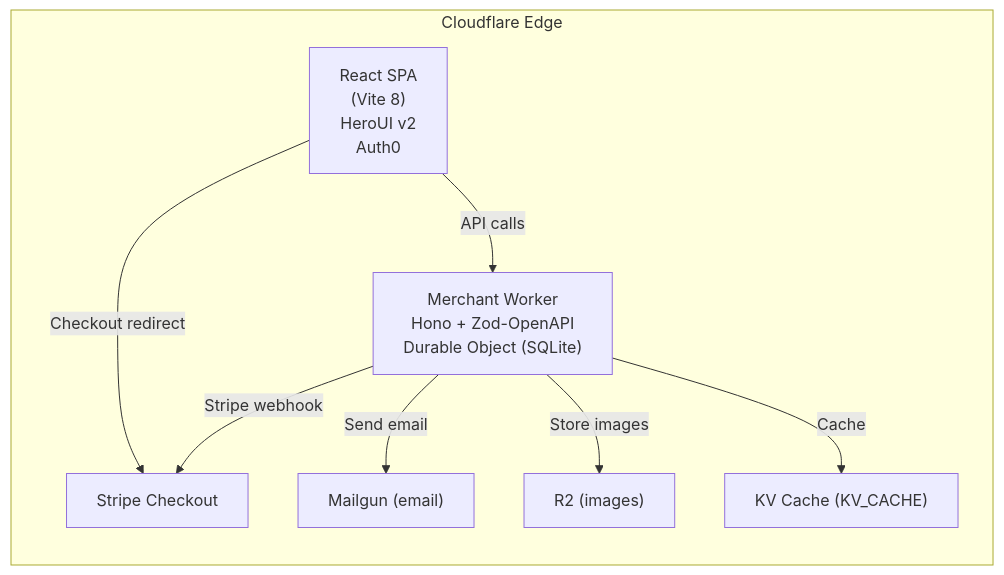
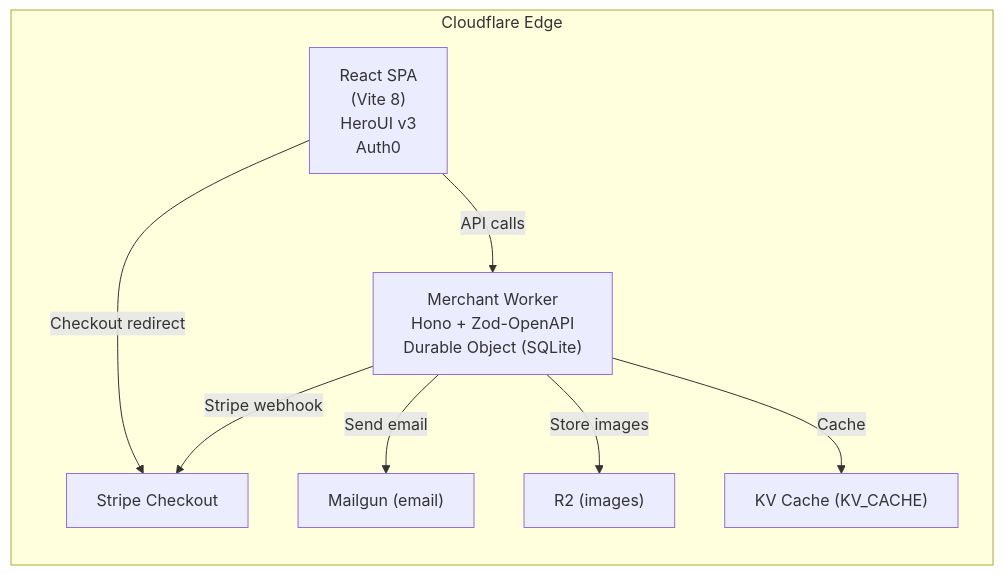
The diagram in README.md (reviewtopperjhanik-a11y/fufuni), drawn with Mermaid before and after one commit. The commit also changed other lines of this file, not shown here.

````diff
--- a/README.md
+++ b/README.md
@@ -174,18 +189,18 @@
 ```mermaid
 flowchart LR
   subgraph Cloudflare Edge
-    React["React SPA<br/>(Vite 8)<br/>HeroUI v2<br/>Auth0"]
+    React["React SPA<br/>(Vite 8)<br/>HeroUI v3<br/>Auth0"]
     Merchant["Merchant Worker<br/>Hono + Zod-OpenAPI<br/>Durable Object (SQLite)"]
     Stripe["Stripe Checkout"]
     Mailgun["Mailgun (email)"]
     R2["R2 (images)"]
     KV["KV Cache (KV_CACHE)"]
   end
 
   React -->|API calls| Merchant
   React -->|Checkout redirect| Stripe
   Merchant -->|Stripe webhook| Stripe
   Merchant -->|Send email| Mailgun
   Merchant -->|Store images| R2
   Merchant -->|Cache| KV
 ```
````
